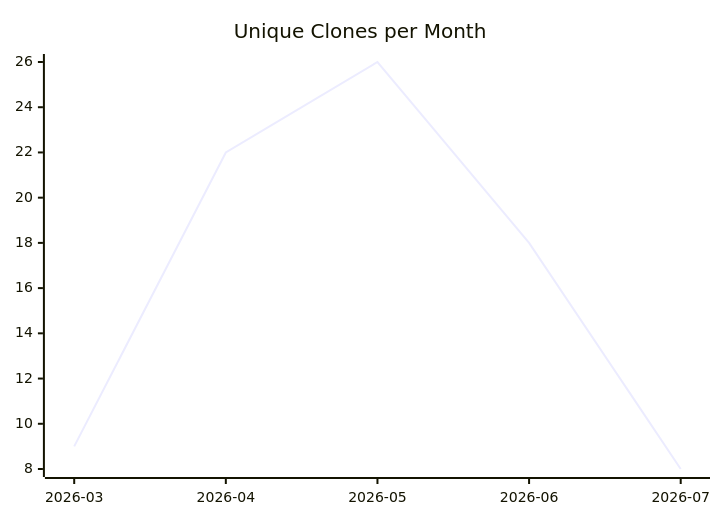
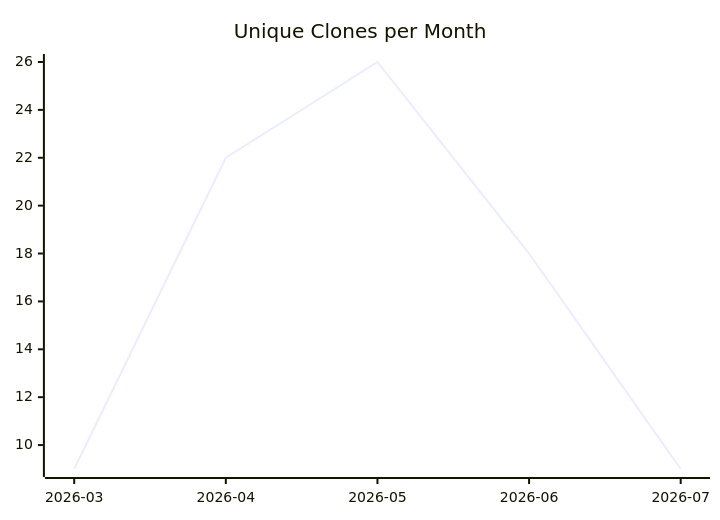
Before and after one commit to justdavis-family/github-analytics-data: the third of 3 diagrams in karlmdavis/lego-ev3dev-rs/README.md, drawn with Mermaid. The commit also changed other lines of this file and 184 other files, not shown here.

````diff
--- a/karlmdavis/lego-ev3dev-rs/README.md
+++ b/karlmdavis/lego-ev3dev-rs/README.md
@@ -19,6 +19,6 @@
 ```mermaid
 xychart-beta
   title "Unique Clones per Month"
   x-axis ["2026-03", "2026-04", "2026-05", "2026-06", "2026-07"]
-  line [9, 22, 26, 18, 8]
+  line [9, 22, 26, 18, 9]
 ```
````
